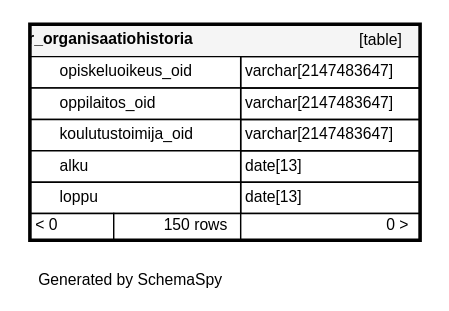
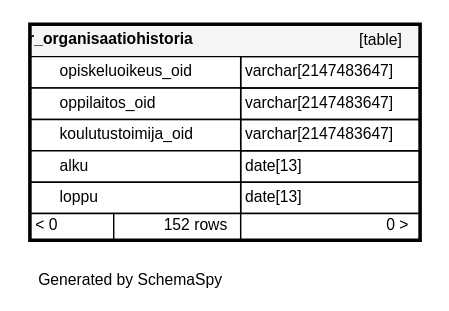
Before and after one commit to Opetushallitus/koski: the diagram in documentation/tietokantaskeemat/koski-raportointikanta/diagrams/tables/r_organisaatiohistoria.1degree.dot, drawn with Graphviz. The commit also changed 193 other files, not shown here.

```diff
--- a/documentation/tietokantaskeemat/koski-raportointikanta/diagrams/tables/r_organisaatiohistoria.1degree.dot
+++ b/documentation/tietokantaskeemat/koski-raportointikanta/diagrams/tables/r_organisaatiohistoria.1degree.dot
@@ -1,18 +1,18 @@
 digraph "oneDegreeRelationshipsDiagram" {
   graph [    rankdir="RL"    bgcolor="#ffffff"    label="\nGenerated by SchemaSpy"    labeljust="l"    nodesep="0.18"    ranksep="0.46"    fontname="Helvetica"    fontsize="11"    ration="compress"  ];  node [    fontname="Helvetica"    fontsize="11"    shape="plaintext"  ];  edge [    arrowsize="0.8"  ];
   "r_organisaatiohistoria" [
    label=<
     <TABLE BORDER="2" CELLBORDER="1" CELLSPACING="0" BGCOLOR="#ffffff">
       <TR><TD COLSPAN="4"  BGCOLOR="#f5f5f5"><TABLE BORDER="0" CELLSPACING="0"><TR><TD ALIGN="LEFT" FIXEDSIZE="TRUE" WIDTH="126" HEIGHT="16"><B>r_organisaatiohistoria</B></TD><TD ALIGN="RIGHT">[table]</TD></TR></TABLE></TD></TR>
       <TR><TD PORT="opiskeluoikeus_oid" COLSPAN="2" BGCOLOR="#ffffff" ALIGN="LEFT"><TABLE BORDER="0" CELLSPACING="0" ALIGN="LEFT"><TR ALIGN="LEFT"><TD ALIGN="LEFT" FIXEDSIZE="TRUE" WIDTH="15" HEIGHT="16"></TD><TD ALIGN="LEFT" FIXEDSIZE="TRUE" WIDTH="126" HEIGHT="16">opiskeluoikeus_oid</TD></TR></TABLE></TD><TD PORT="opiskeluoikeus_oid.type" ALIGN="LEFT">varchar[2147483647]</TD></TR>
       <TR><TD PORT="oppilaitos_oid" COLSPAN="2" BGCOLOR="#ffffff" ALIGN="LEFT"><TABLE BORDER="0" CELLSPACING="0" ALIGN="LEFT"><TR ALIGN="LEFT"><TD ALIGN="LEFT" FIXEDSIZE="TRUE" WIDTH="15" HEIGHT="16"></TD><TD ALIGN="LEFT" FIXEDSIZE="TRUE" WIDTH="126" HEIGHT="16">oppilaitos_oid</TD></TR></TABLE></TD><TD PORT="oppilaitos_oid.type" ALIGN="LEFT">varchar[2147483647]</TD></TR>
       <TR><TD PORT="koulutustoimija_oid" COLSPAN="2" BGCOLOR="#ffffff" ALIGN="LEFT"><TABLE BORDER="0" CELLSPACING="0" ALIGN="LEFT"><TR ALIGN="LEFT"><TD ALIGN="LEFT" FIXEDSIZE="TRUE" WIDTH="15" HEIGHT="16"></TD><TD ALIGN="LEFT" FIXEDSIZE="TRUE" WIDTH="126" HEIGHT="16">koulutustoimija_oid</TD></TR></TABLE></TD><TD PORT="koulutustoimija_oid.type" ALIGN="LEFT">varchar[2147483647]</TD></TR>
       <TR><TD PORT="alku" COLSPAN="2" BGCOLOR="#ffffff" ALIGN="LEFT"><TABLE BORDER="0" CELLSPACING="0" ALIGN="LEFT"><TR ALIGN="LEFT"><TD ALIGN="LEFT" FIXEDSIZE="TRUE" WIDTH="15" HEIGHT="16"></TD><TD ALIGN="LEFT" FIXEDSIZE="TRUE" WIDTH="126" HEIGHT="16">alku</TD></TR></TABLE></TD><TD PORT="alku.type" ALIGN="LEFT">date[13]</TD></TR>
       <TR><TD PORT="loppu" COLSPAN="2" BGCOLOR="#ffffff" ALIGN="LEFT"><TABLE BORDER="0" CELLSPACING="0" ALIGN="LEFT"><TR ALIGN="LEFT"><TD ALIGN="LEFT" FIXEDSIZE="TRUE" WIDTH="15" HEIGHT="16"></TD><TD ALIGN="LEFT" FIXEDSIZE="TRUE" WIDTH="126" HEIGHT="16">loppu</TD></TR></TABLE></TD><TD PORT="loppu.type" ALIGN="LEFT">date[13]</TD></TR>
-      <TR><TD ALIGN="LEFT" BGCOLOR="#ffffff">&lt; 0</TD><TD ALIGN="RIGHT" BGCOLOR="#ffffff">150 rows</TD><TD ALIGN="RIGHT" BGCOLOR="#ffffff">0 &gt;</TD></TR>
+      <TR><TD ALIGN="LEFT" BGCOLOR="#ffffff">&lt; 0</TD><TD ALIGN="RIGHT" BGCOLOR="#ffffff">152 rows</TD><TD ALIGN="RIGHT" BGCOLOR="#ffffff">0 &gt;</TD></TR>
     </TABLE>>
     URL="../../tables/r_organisaatiohistoria.html"
     target="_top"
     tooltip="r_organisaatiohistoria"
   ];
 }
```
